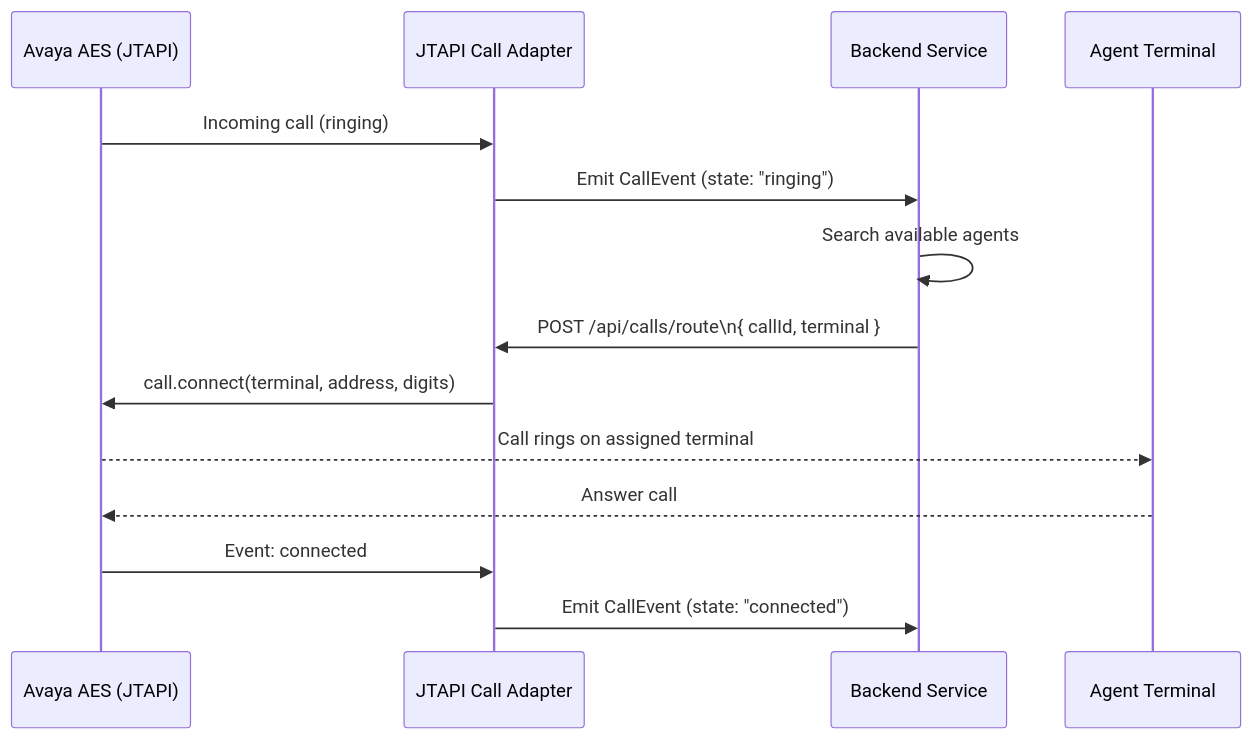
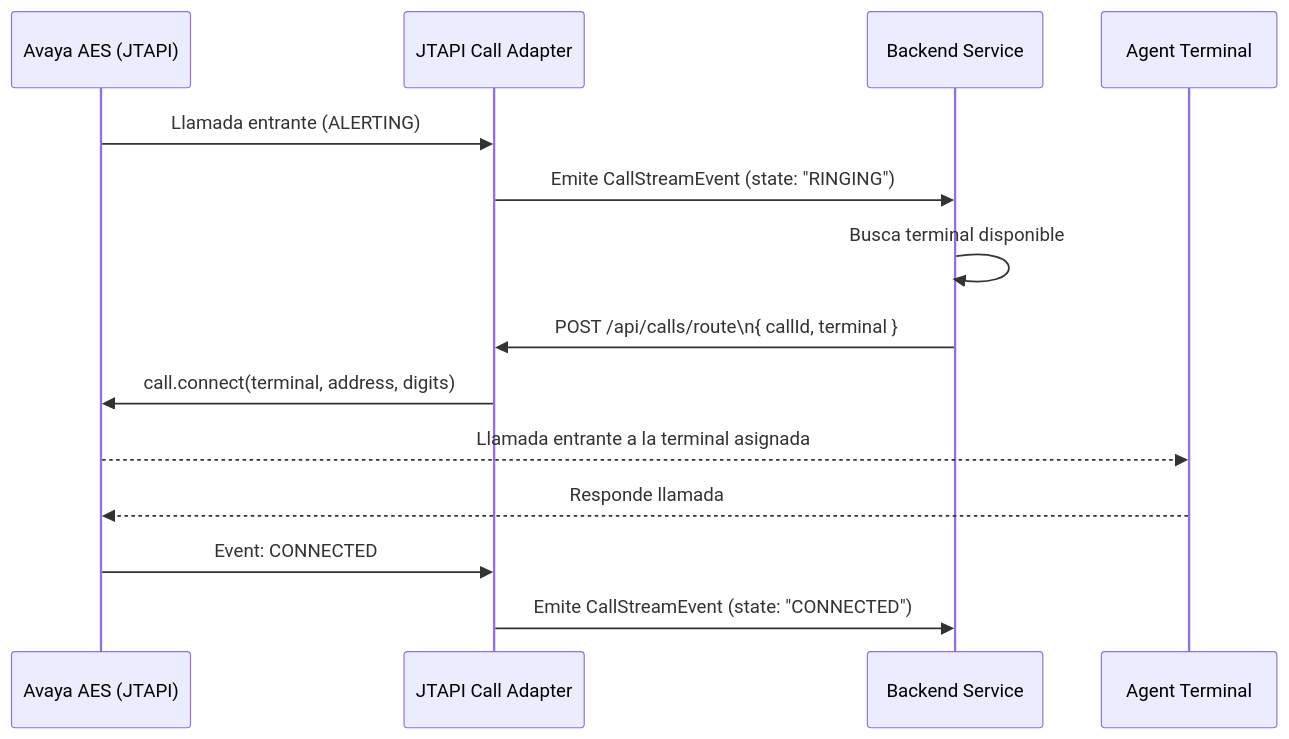
Before and after one commit to DSID2025/cad-avaya: the diagram in README.md, drawn with Mermaid. The commit also changed other lines of this file and 15 other files, not shown here.

Commit message:
feat: Refactor package structure and update class names for JTAPI Call Adapter

````diff
--- a/README.md
+++ b/README.md
@@ -15,17 +15,17 @@
 ```mermaid
 sequenceDiagram
 participant Avaya as Avaya AES (JTAPI)
 participant Adapter as JTAPI Call Adapter
 participant Backend as Backend Service
 participant Agent as Agent Terminal
-    Avaya->>Adapter: Incoming call (ringing)
-    Adapter->>Backend: Emit CallEvent (state: "ringing")
-    Backend->>Backend: Search available agents
+    Avaya->>Adapter: Llamada entrante (ALERTING)
+    Adapter->>Backend: Emite CallStreamEvent (state: "RINGING")
+    Backend->>Backend: Busca terminal disponible
     Backend->>Adapter: POST /api/calls/route\n{ callId, terminal }
     Adapter->>Avaya: call.connect(terminal, address, digits)
-    Avaya-->>Agent: Call rings on assigned terminal
-    Agent-->>Avaya: Answer call
-    Avaya->>Adapter: Event: connected
-    Adapter->>Backend: Emit CallEvent (state: "connected")
+    Avaya-->>Agent: Llamada entrante a la terminal asignada
+    Agent-->>Avaya: Responde llamada
+    Avaya->>Adapter: Event: CONNECTED
+    Adapter->>Backend: Emite CallStreamEvent (state: "CONNECTED")
 
 ```
````
